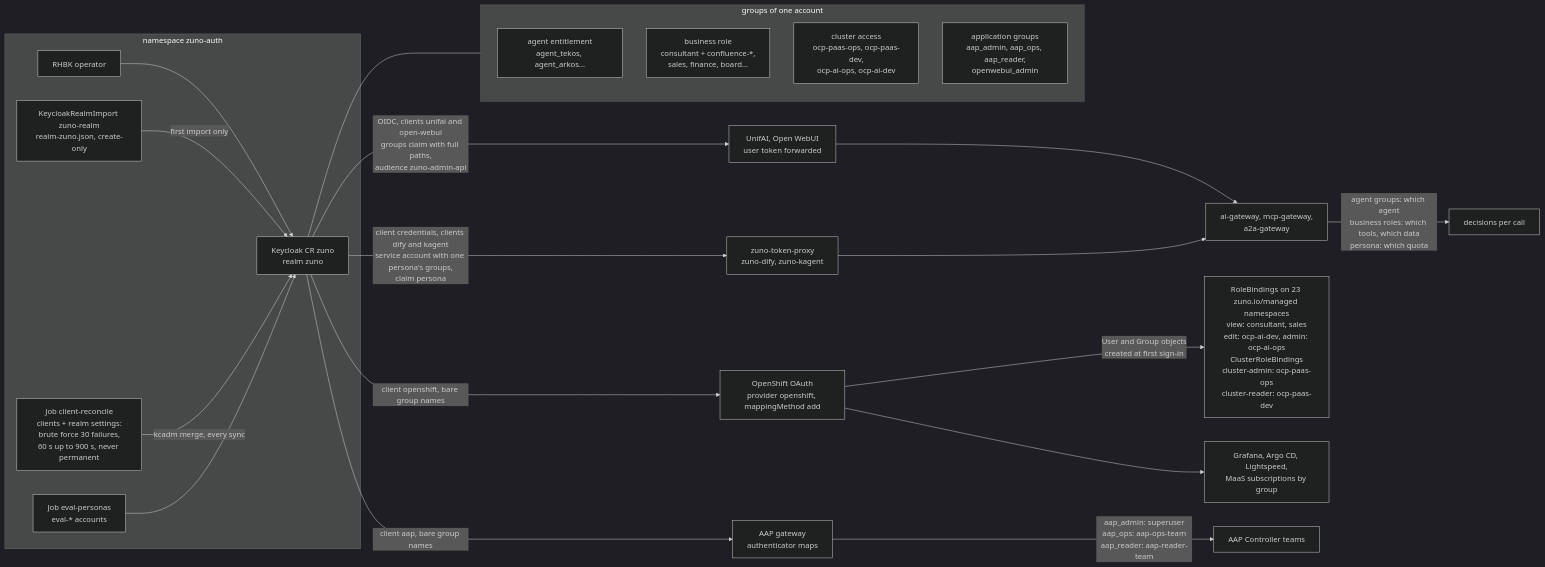
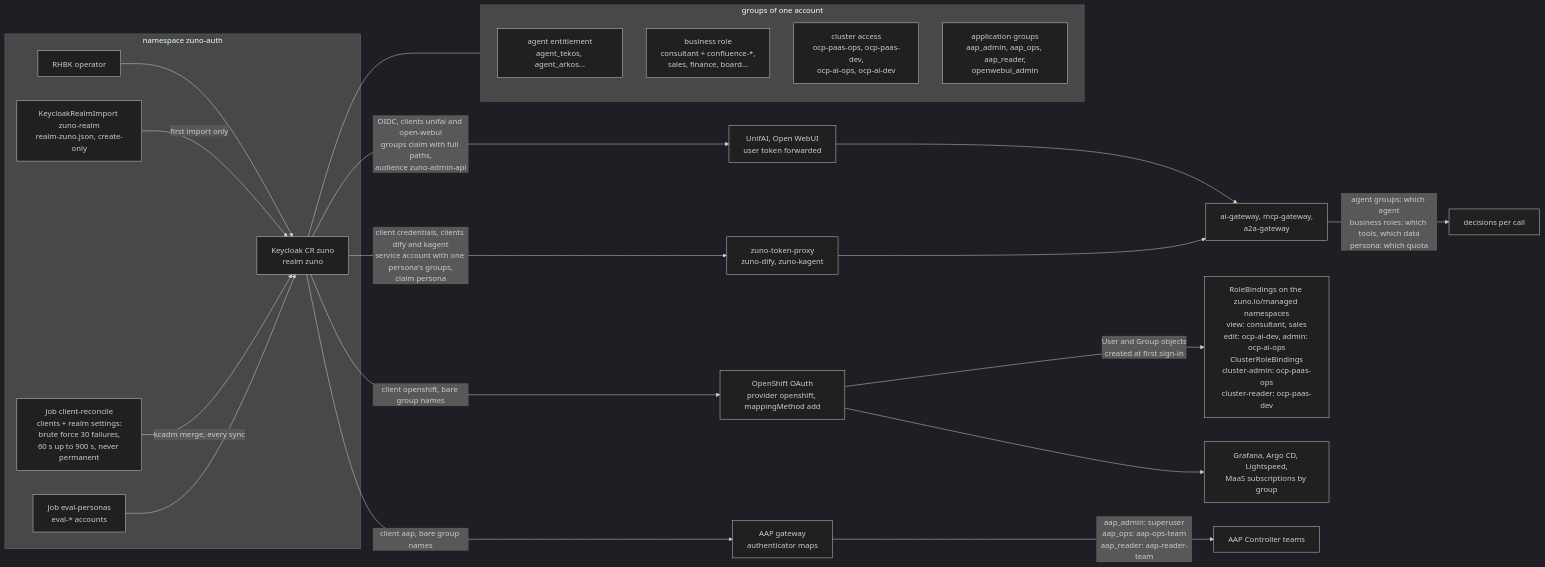
Before and after one commit to startxfr/zuno-demo: the second of 2 diagrams in docs/demo/scenarios/governance/identity-personas.md, drawn with Mermaid (dark theme). The commit also changed other lines of this file and 27 other files, not shown here.

First line of the commit message:
docs(demo scenarios): the 30 scenario pages are proofread in full against the charts, roles and ADRs; 20 are dated, 10 wait for a fact the repository cannot prove

````diff
--- a/docs/demo/scenarios/governance/identity-personas.md
+++ b/docs/demo/scenarios/governance/identity-personas.md
@@ -250,30 +252,30 @@
 ```mermaid
 flowchart LR
   subgraph AUTH["namespace zuno-auth"]
     OPR["RHBK operator"]
     KC["Keycloak CR zuno<br/>realm zuno"]
     IMP["KeycloakRealmImport zuno-realm<br/>realm-zuno.json, create-only"]
     REC["Job client-reconcile<br/>clients + realm settings:<br/>brute force 30 failures,<br/>60 s up to 900 s, never permanent"]
     EVP["Job eval-personas<br/>eval-* accounts"]
   end
   OPR --> KC
   IMP -->|"first import only"| KC
   REC -->|"kcadm merge, every sync"| KC
   EVP --> KC
   subgraph GROUPS["groups of one account"]
     ENT["agent entitlement<br/>agent_tekos, agent_arkos..."]
     ROLE["business role<br/>consultant + confluence-*,<br/>sales, finance, board..."]
     CLU["cluster access<br/>ocp-paas-ops, ocp-paas-dev,<br/>ocp-ai-ops, ocp-ai-dev"]
     APPG["application groups<br/>aap_admin, aap_ops, aap_reader,<br/>openwebui_admin"]
   end
   KC --- GROUPS
   KC -->|"OIDC, clients unifai and open-webui<br/>groups claim with full paths,<br/>audience zuno-admin-api"| USERAPPS["UnifAI, Open WebUI<br/>user token forwarded"]
   KC -->|"client credentials, clients dify and kagent<br/>service account with one persona's groups,<br/>claim persona"| TPX["zuno-token-proxy<br/>zuno-dify, zuno-kagent"]
   KC -->|"client openshift, bare group names"| OAUTH["OpenShift OAuth<br/>provider openshift, mappingMethod add"]
   KC -->|"client aap, bare group names"| AAPGW["AAP gateway<br/>authenticator maps"]
   USERAPPS & TPX --> GWS["ai-gateway, mcp-gateway,<br/>a2a-gateway"]
   GWS -->|"agent groups: which agent<br/>business roles: which tools, which data<br/>persona: which quota"| DEC["decisions per call"]
-  OAUTH -->|"User and Group objects<br/>created at first sign-in"| RB["RoleBindings on 23 zuno.io/managed namespaces<br/>view: consultant, sales<br/>edit: ocp-ai-dev, admin: ocp-ai-ops<br/>ClusterRoleBindings<br/>cluster-admin: ocp-paas-ops<br/>cluster-reader: ocp-paas-dev"]
+  OAUTH -->|"User and Group objects<br/>created at first sign-in"| RB["RoleBindings on the zuno.io/managed namespaces<br/>view: consultant, sales<br/>edit: ocp-ai-dev, admin: ocp-ai-ops<br/>ClusterRoleBindings<br/>cluster-admin: ocp-paas-ops<br/>cluster-reader: ocp-paas-dev"]
   OAUTH --> OTHERS["Grafana, Argo CD, Lightspeed,<br/>MaaS subscriptions by group"]
   AAPGW -->|"aap_admin: superuser<br/>aap_ops: aap-ops-team<br/>aap_reader: aap-reader-team"| AAPT["AAP Controller teams"]
 ```
````
